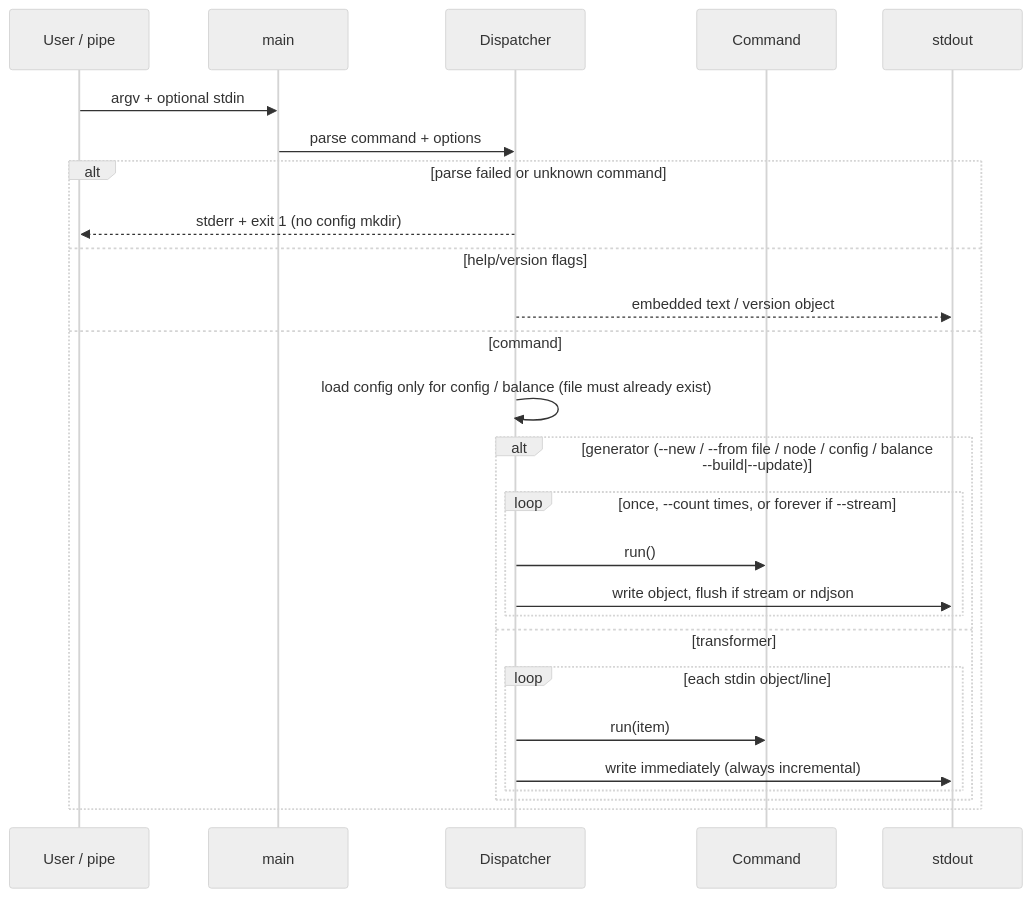
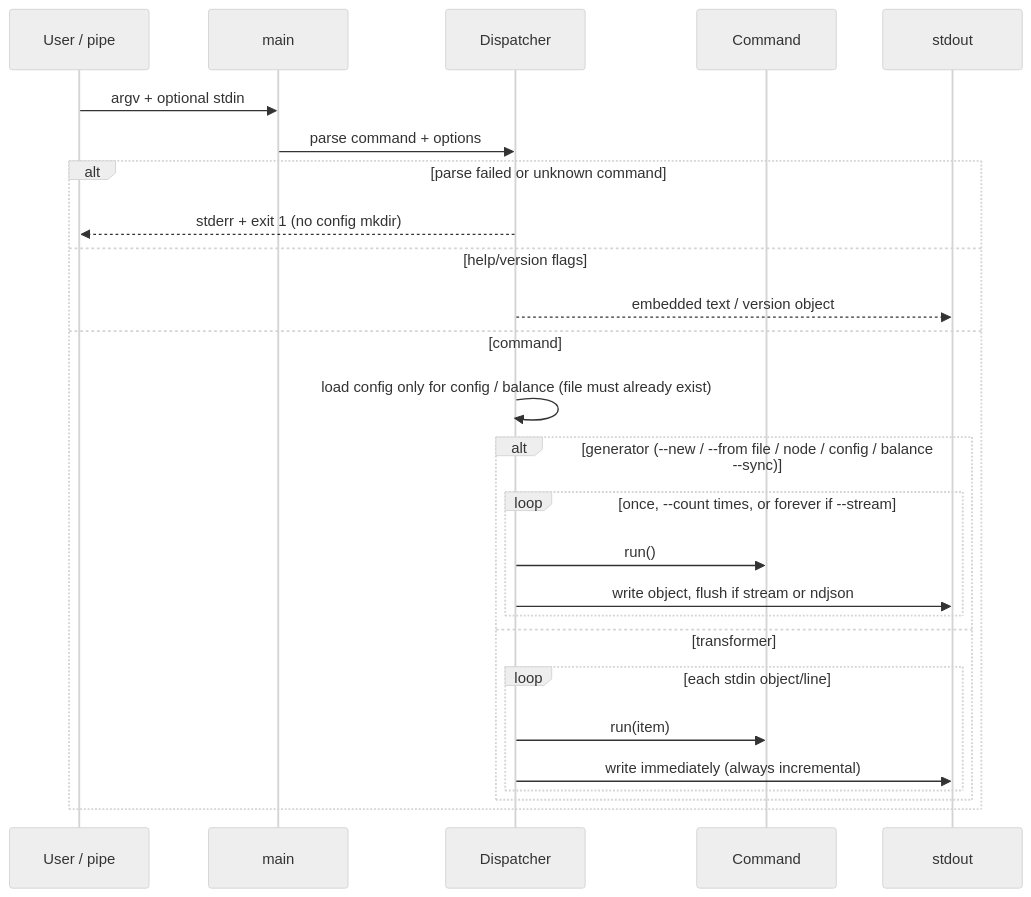
Before and after one commit to bartobri/bitcoin-toolkit: the second of 3 diagrams in REBUILD.md, drawn with Mermaid (neutral theme). The commit also changed other lines of this file and 2 other files, not shown here.

First line of the commit message:
Plan balance as --sync over RPC into ~/.btk/balance.

````diff
--- a/REBUILD.md
+++ b/REBUILD.md
@@ -183,29 +181,29 @@
 ```mermaid
 sequenceDiagram
     participant U as User / pipe
     participant M as main
     participant D as Dispatcher
     participant C as Command
     participant O as stdout
 
     U->>M: argv + optional stdin
     M->>D: parse command + options
     alt parse failed or unknown command
         D-->>U: stderr + exit 1 (no config mkdir)
     else help/version flags
         D-->>O: embedded text / version object
     else command
         D->>D: load config only for config / balance (file must already exist)
-        alt generator (--new / --from file / node / config / balance --build|--update)
+        alt generator (--new / --from file / node / config / balance --sync)
             loop once, --count times, or forever if --stream
                 D->>C: run()
                 D->>O: write object, flush if stream or ndjson
             end
         else transformer
             loop each stdin object/line
                 D->>C: run(item)
                 D->>O: write immediately (always incremental)
             end
         end
     end
 ```
````
